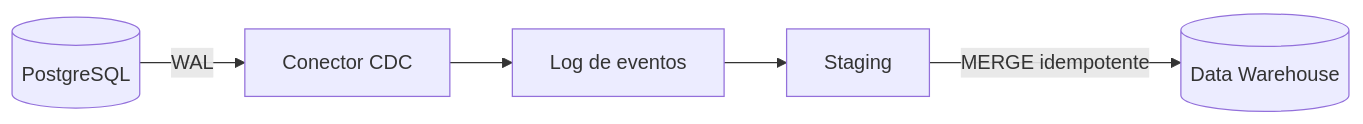
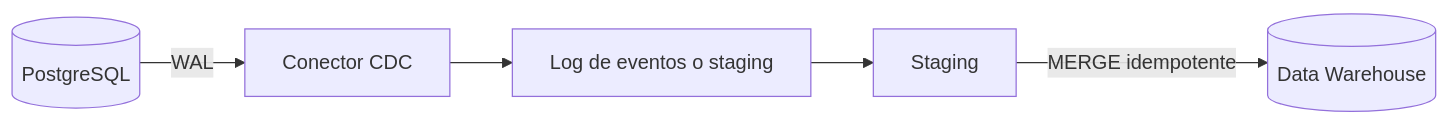
Before and after one commit to fcp4891/de-knowledge-hub: the diagram in content/concepts/change-data-capture.md, drawn with Mermaid. The commit also changed other lines of this file and 53 other files, not shown here.

````diff
--- a/content/concepts/change-data-capture.md
+++ b/content/concepts/change-data-capture.md
@@ -89,7 +97,7 @@
 ```mermaid
 flowchart LR
   DB[(PostgreSQL)] -->|WAL| CDC[Conector CDC]
-  CDC --> BUS[Log de eventos]
+  CDC --> BUS[Log de eventos o staging]
   BUS --> STG[Staging]
   STG -->|MERGE idempotente| DWH[(Data Warehouse)]
 ```
````
